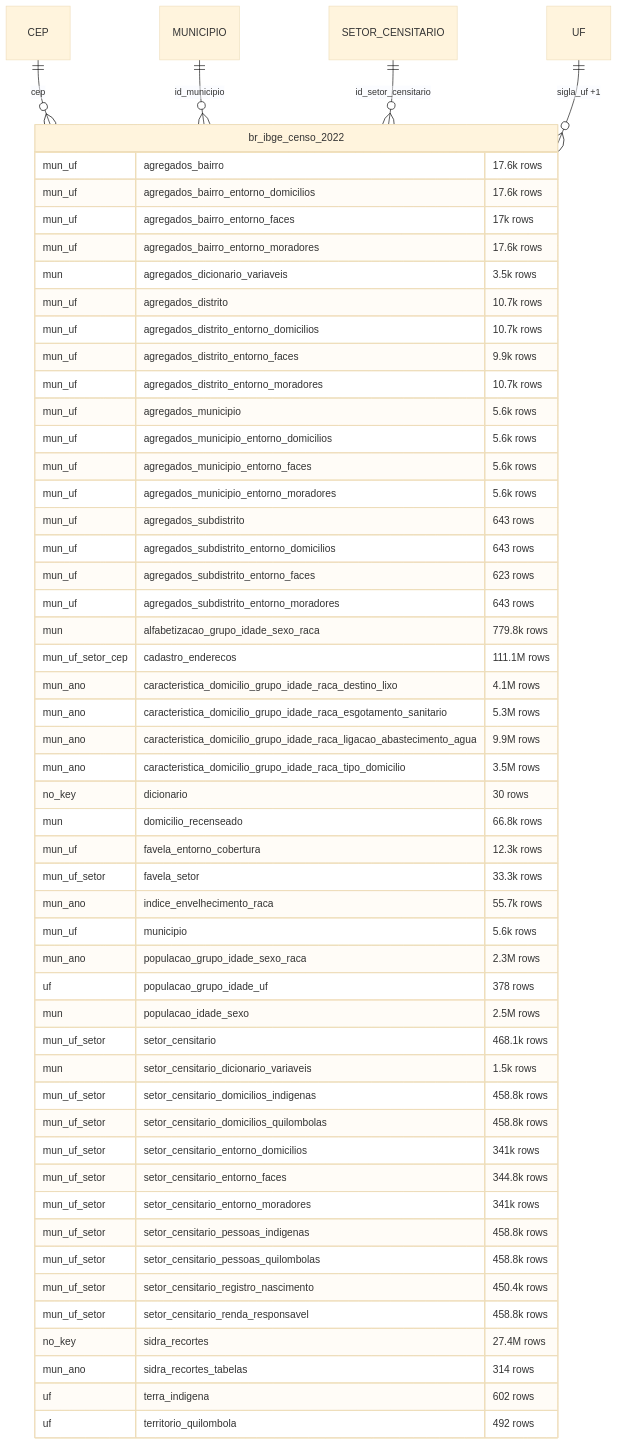
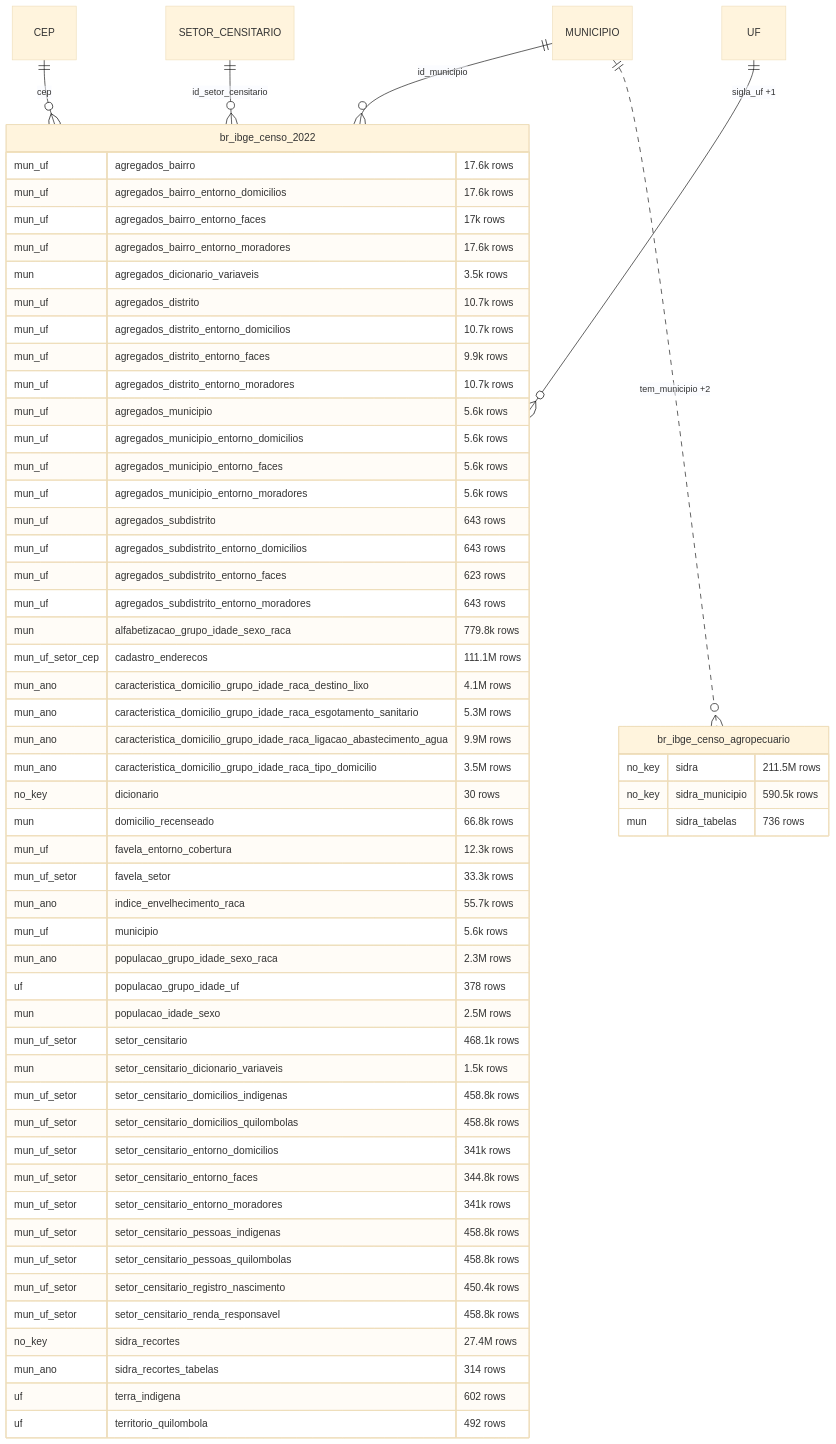
Diagram 27 of 37 in docs/mapa/ERD_EN.md (rafapolo/rodado), drawn with Mermaid (base theme) before and after one commit. The commit also changed other lines of this file and 42 other files, not shown here.

````diff
--- a/docs/mapa/ERD_EN.md
+++ b/docs/mapa/ERD_EN.md
@@ -2228,56 +2380,62 @@
 ```mermaid
 erDiagram
     CEP ||--o{ br_ibge_censo_2022 : "cep"
     MUNICIPIO ||--o{ br_ibge_censo_2022 : "id_municipio"
     SETOR_CENSITARIO ||--o{ br_ibge_censo_2022 : "id_setor_censitario"
     UF ||--o{ br_ibge_censo_2022 : "sigla_uf +1"
+    MUNICIPIO ||..o{ br_ibge_censo_agropecuario : "tem_municipio +2"
     br_ibge_censo_2022 {
         mun_uf agregados_bairro "17.6k rows"
         mun_uf agregados_bairro_entorno_domicilios "17.6k rows"
         mun_uf agregados_bairro_entorno_faces "17k rows"
         mun_uf agregados_bairro_entorno_moradores "17.6k rows"
         mun agregados_dicionario_variaveis "3.5k rows"
         mun_uf agregados_distrito "10.7k rows"
         mun_uf agregados_distrito_entorno_domicilios "10.7k rows"
         mun_uf agregados_distrito_entorno_faces "9.9k rows"
         mun_uf agregados_distrito_entorno_moradores "10.7k rows"
         mun_uf agregados_municipio "5.6k rows"
         mun_uf agregados_municipio_entorno_domicilios "5.6k rows"
         mun_uf agregados_municipio_entorno_faces "5.6k rows"
         mun_uf agregados_municipio_entorno_moradores "5.6k rows"
         mun_uf agregados_subdistrito "643 rows"
         mun_uf agregados_subdistrito_entorno_domicilios "643 rows"
         mun_uf agregados_subdistrito_entorno_faces "623 rows"
         mun_uf agregados_subdistrito_entorno_moradores "643 rows"
         mun alfabetizacao_grupo_idade_sexo_raca "779.8k rows"
         mun_uf_setor_cep cadastro_enderecos "111.1M rows"
         mun_ano caracteristica_domicilio_grupo_idade_raca_destino_lixo "4.1M rows"
         mun_ano caracteristica_domicilio_grupo_idade_raca_esgotamento_sanitario "5.3M rows"
         mun_ano caracteristica_domicilio_grupo_idade_raca_ligacao_abastecimento_agua "9.9M rows"
         mun_ano caracteristica_domicilio_grupo_idade_raca_tipo_domicilio "3.5M rows"
         no_key dicionario "30 rows"
         mun domicilio_recenseado "66.8k rows"
         mun_uf favela_entorno_cobertura "12.3k rows"
         mun_uf_setor favela_setor "33.3k rows"
         mun_ano indice_envelhecimento_raca "55.7k rows"
         mun_uf municipio "5.6k rows"
         mun_ano populacao_grupo_idade_sexo_raca "2.3M rows"
         uf populacao_grupo_idade_uf "378 rows"
         mun populacao_idade_sexo "2.5M rows"
         mun_uf_setor setor_censitario "468.1k rows"
         mun setor_censitario_dicionario_variaveis "1.5k rows"
         mun_uf_setor setor_censitario_domicilios_indigenas "458.8k rows"
         mun_uf_setor setor_censitario_domicilios_quilombolas "458.8k rows"
         mun_uf_setor setor_censitario_entorno_domicilios "341k rows"
         mun_uf_setor setor_censitario_entorno_faces "344.8k rows"
         mun_uf_setor setor_censitario_entorno_moradores "341k rows"
         mun_uf_setor setor_censitario_pessoas_indigenas "458.8k rows"
         mun_uf_setor setor_censitario_pessoas_quilombolas "458.8k rows"
         mun_uf_setor setor_censitario_registro_nascimento "450.4k rows"
         mun_uf_setor setor_censitario_renda_responsavel "458.8k rows"
         no_key sidra_recortes "27.4M rows"
         mun_ano sidra_recortes_tabelas "314 rows"
         uf terra_indigena "602 rows"
         uf territorio_quilombola "492 rows"
     }
+    br_ibge_censo_agropecuario {
+        no_key sidra "211.5M rows"
+        no_key sidra_municipio "590.5k rows"
+        mun sidra_tabelas "736 rows"
+    }
 ```
````
